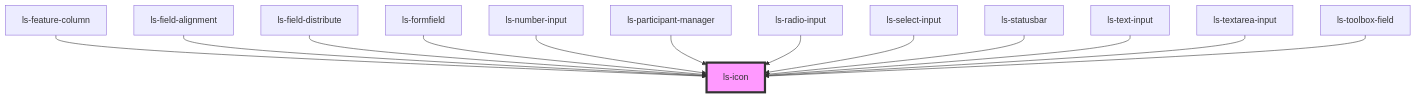
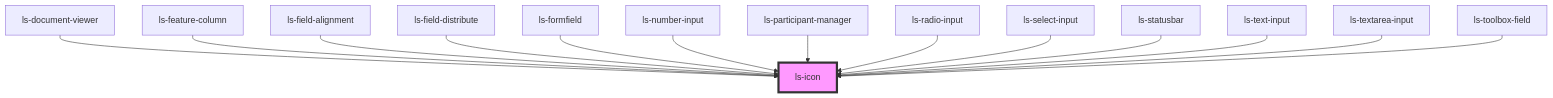
The diagram in src/components/ls-icon/readme.md (legalesign/ls-document-viewer), drawn with Mermaid before and after one commit. The commit also changed other lines of this file and 5 other files, not shown here.

````diff
--- a/src/components/ls-icon/readme.md
+++ b/src/components/ls-icon/readme.md
@@ -36,16 +37,17 @@
 ```mermaid
 graph TD;
+  ls-document-viewer --> ls-icon
   ls-feature-column --> ls-icon
   ls-field-alignment --> ls-icon
   ls-field-distribute --> ls-icon
   ls-formfield --> ls-icon
   ls-number-input --> ls-icon
   ls-participant-manager --> ls-icon
   ls-radio-input --> ls-icon
   ls-select-input --> ls-icon
   ls-statusbar --> ls-icon
   ls-text-input --> ls-icon
   ls-textarea-input --> ls-icon
   ls-toolbox-field --> ls-icon
   style ls-icon fill:#f9f,stroke:#333,stroke-width:4px
 ```
````
